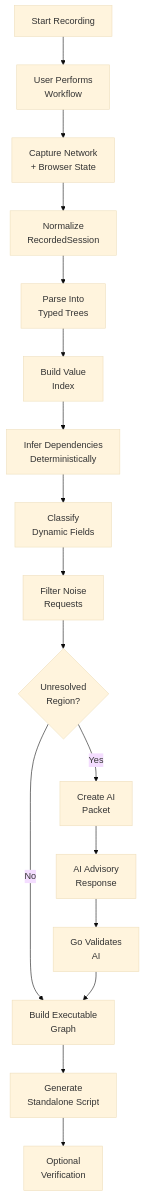
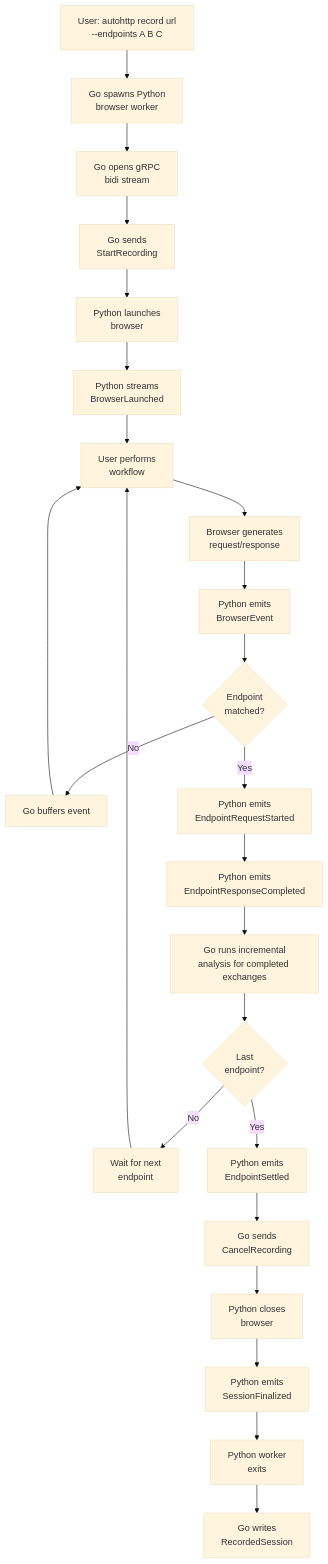
One commit to Aran404/autohttp changed the diagram in .agents/specs/data-flow.md. Above: the diagram before and after it, drawn with Mermaid (base theme). The commit also changed other lines of this file and 8 other files, not shown here.

Commit message:
docs(specs): rewrite to new python browser + gRPC streaming architecture

````diff
--- a/.agents/specs/data-flow.md
+++ b/.agents/specs/data-flow.md
@@ -9,19 +9,26 @@
 ```mermaid
 flowchart TD
-    A[Start Recording] --> B[User Performs<br>Workflow]
-    B --> C[Capture Network<br>+ Browser State]
-    C --> D[Normalize<br>RecordedSession]
-    D --> E[Parse Into<br>Typed Trees]
-    E --> F[Build Value<br>Index]
-    F --> G[Infer Dependencies<br>Deterministically]
-    G --> H[Classify<br>Dynamic Fields]
-    H --> I[Filter Noise<br>Requests]
-    I --> J{Unresolved<br>Region?}
-    J -- No --> K[Build Executable<br>Graph]
-    J -- Yes --> L[Create AI<br>Packet]
-    L --> M[AI Advisory<br>Response]
-    M --> N[Go Validates<br>AI]
-    N --> K
-    K --> O[Generate<br>Standalone Script]
-    O --> P[Optional<br>Verification]
+    A[User: autohttp record url<br>--endpoints A B C] --> B[Go spawns Python<br>browser worker]
+    B --> C[Go opens gRPC<br>bidi stream]
+    C --> D[Go sends<br>StartRecording]
+    D --> E[Python launches<br>browser]
+    E --> F[Python streams<br>BrowserLaunched]
+    F --> G[User performs<br>workflow]
+    G --> H[Browser generates<br>request/response]
+    H --> I[Python emits<br>BrowserEvent]
+    I --> J{Endpoint<br>matched?}
+    J -- No --> K[Go buffers event]
+    K --> G
+    J -- Yes --> L[Python emits<br>EndpointRequestStarted]
+    L --> M[Python emits<br>EndpointResponseCompleted]
+    M --> N[Go runs incremental<br>analysis for completed exchanges]
+    N --> O{Last<br>endpoint?}
+    O -- No --> P[Wait for next<br>endpoint]
+    P --> G
+    O -- Yes --> Q[Python emits<br>EndpointSettled]
+    Q --> R[Go sends<br>CancelRecording]
+    R --> S[Python closes<br>browser]
+    S --> T[Python emits<br>SessionFinalized]
+    T --> U[Python worker<br>exits]
+    U --> V[Go writes<br>RecordedSession]
 ```
````
